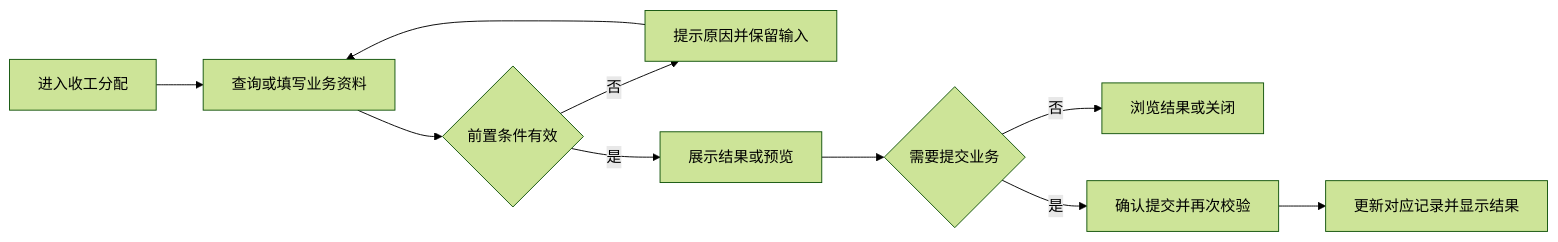
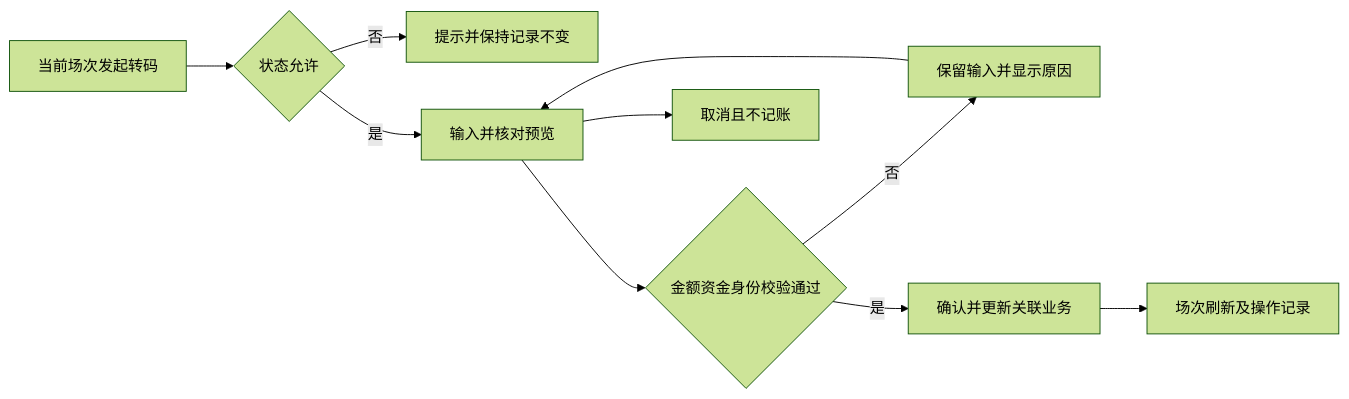
The fourth of 12 diagrams in docs/菜单PRD_20261109/PRD_开工管理_20261109.md (bala-luoluo/cashier-prototype), drawn with Mermaid (forest theme) before and after one commit. The commit also changed other lines of this file and 5 other files, not shown here.

````diff
--- a/docs/菜单PRD_20261109/PRD_开工管理_20261109.md
+++ b/docs/菜单PRD_20261109/PRD_开工管理_20261109.md
@@ -145,12 +239,12 @@
 ```mermaid
 flowchart LR
-  A[进入收工分配] --> B[查询或填写业务资料]
-  B --> C{前置条件有效}
-  C -- 否 --> D[提示原因并保留输入]
-  D --> B
-  C -- 是 --> E[展示结果或预览]
-  E --> F{需要提交业务}
-  F -- 否 --> G[浏览结果或关闭]
-  F -- 是 --> H[确认提交并再次校验]
-  H --> I[更新对应记录并显示结果]
+  A[当前场次发起转码] --> B{状态允许}
+  B -- 否 --> C[提示并保持记录不变]
+  B -- 是 --> D[输入并核对预览]
+  D --> E{金额资金身份校验通过}
+  E -- 否 --> F[保留输入并显示原因]
+  F --> D
+  E -- 是 --> G[确认并更新关联业务]
+  G --> H[场次刷新及操作记录]
+  D --> I[取消且不记账]
 ```
````
